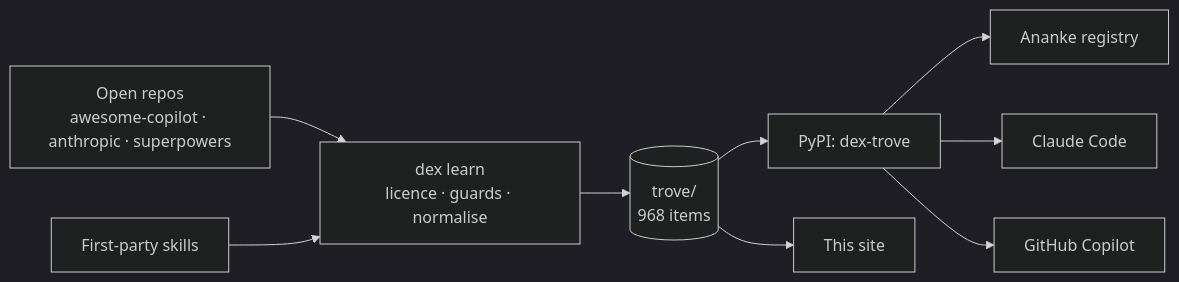
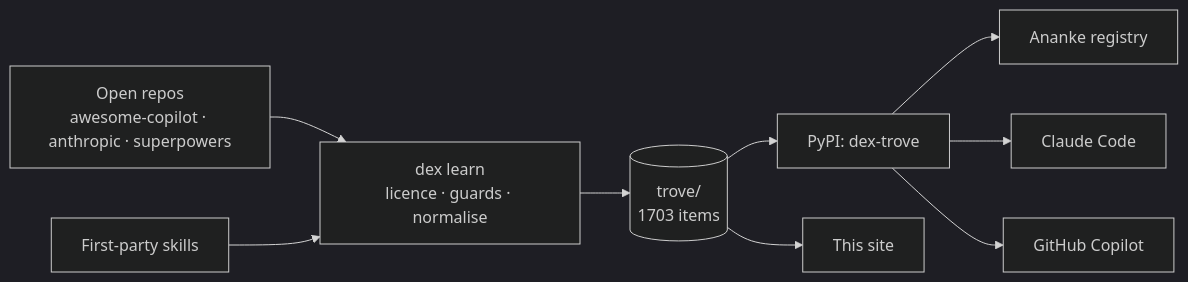
One commit to Neo-Pragnya/Dex-Trove changed the diagram in docs/index.md. Above: the diagram before and after it, drawn with Mermaid (dark theme). The commit also changed 6495 other files, not shown here.

````diff
--- a/docs/index.md
+++ b/docs/index.md
@@ -17,11 +17,11 @@
 ```mermaid
 flowchart LR
   U[Open repos<br/>awesome-copilot · anthropic · superpowers] --> L[dex learn<br/>licence · guards · normalise]
   F[First-party skills] --> L
-  L --> T[(trove/<br/>968 items)]
+  L --> T[(trove/<br/>1703 items)]
   T --> P[PyPI: dex-trove]
   P --> A[Ananke registry]
   P --> C[Claude Code]
   P --> G[GitHub Copilot]
   T --> W[This site]
 ```
````
